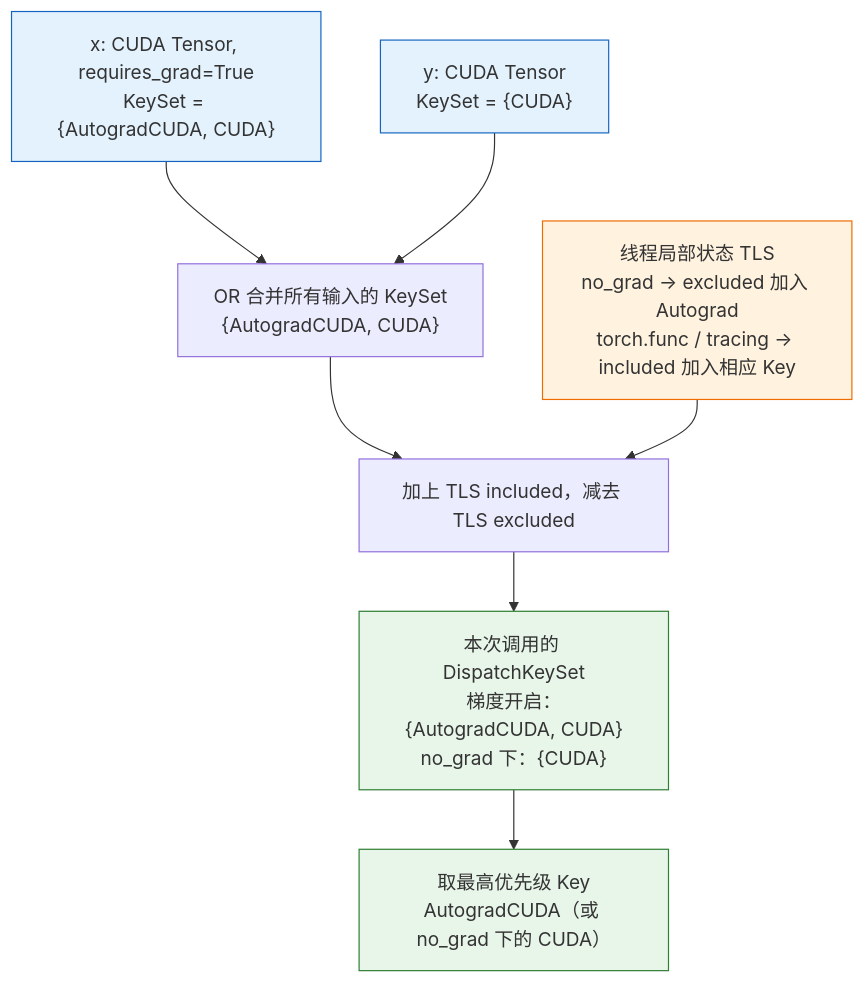
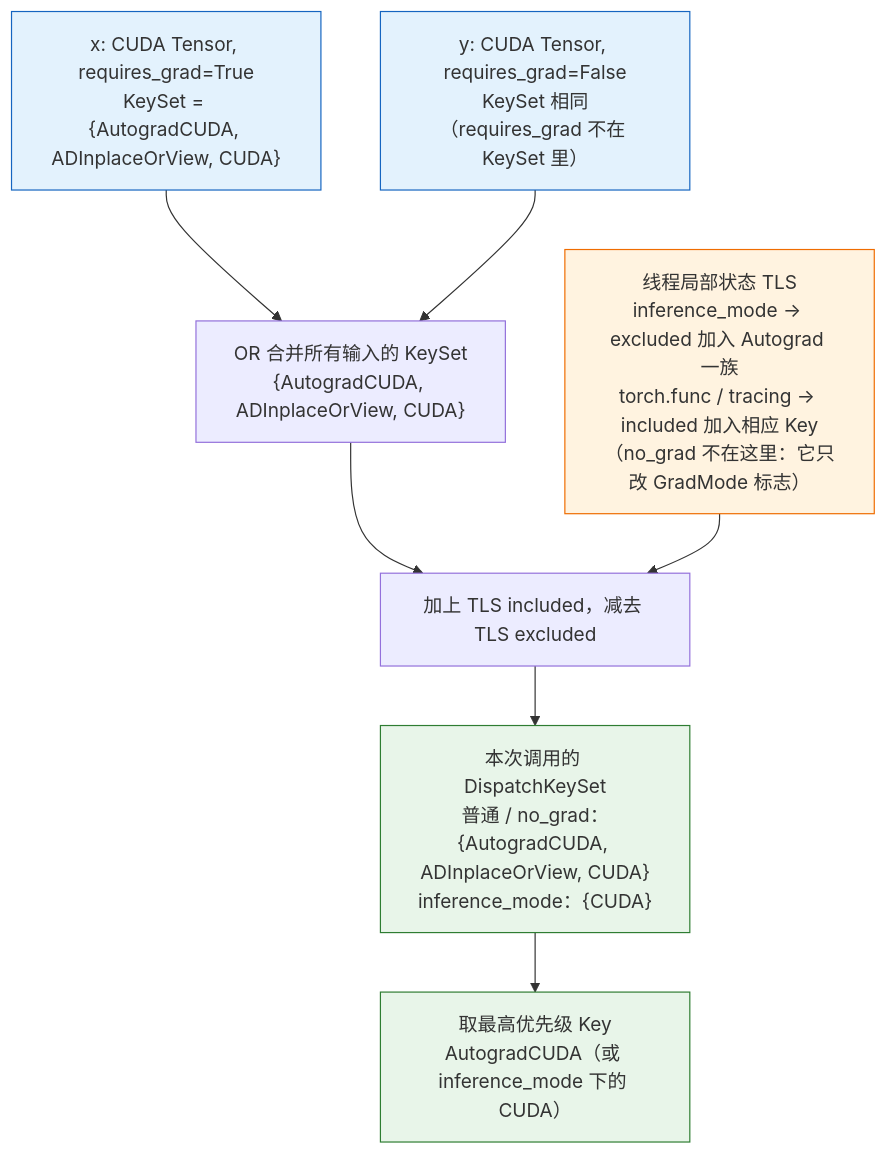
The fourth of 7 diagrams in _posts/2026-02-21-pytorch-dispatcher-and-operator-system.md (arganzheng/arganzheng.github.com), drawn with Mermaid before and after one commit. The commit also changed other lines of this file and 10 other files, not shown here.

````diff
--- a/_posts/2026-02-21-pytorch-dispatcher-and-operator-system.md
+++ b/_posts/2026-02-21-pytorch-dispatcher-and-operator-system.md
@@ -478,21 +482,21 @@
 ```mermaid
 flowchart TB
-    TX["x: CUDA Tensor, requires_grad=True<br/>KeySet = #123;AutogradCUDA, CUDA#125;"]
-    TY["y: CUDA Tensor<br/>KeySet = #123;CUDA#125;"]
-    TLS["线程局部状态 TLS<br/>no_grad → excluded 加入 Autograd<br/>torch.func / tracing → included 加入相应 Key"]
-    OR["OR 合并所有输入的 KeySet<br/>#123;AutogradCUDA, CUDA#125;"]
+    TX["x: CUDA Tensor, requires_grad=True<br/>KeySet = #123;AutogradCUDA, ADInplaceOrView, CUDA#125;"]
+    TY["y: CUDA Tensor, requires_grad=False<br/>KeySet 相同（requires_grad 不在 KeySet 里）"]
+    TLS["线程局部状态 TLS<br/>inference_mode → excluded 加入 Autograd 一族<br/>torch.func / tracing → included 加入相应 Key<br/>（no_grad 不在这里：它只改 GradMode 标志）"]
+    OR["OR 合并所有输入的 KeySet<br/>#123;AutogradCUDA, ADInplaceOrView, CUDA#125;"]
     MERGE["加上 TLS included，减去 TLS excluded"]
-    KS["本次调用的 DispatchKeySet<br/>梯度开启：#123;AutogradCUDA, CUDA#125;<br/>no_grad 下：#123;CUDA#125;"]
-    TOP["取最高优先级 Key<br/>AutogradCUDA（或 no_grad 下的 CUDA）"]
+    KS["本次调用的 DispatchKeySet<br/>普通 / no_grad：#123;AutogradCUDA, ADInplaceOrView, CUDA#125;<br/>inference_mode：#123;CUDA#125;"]
+    TOP["取最高优先级 Key<br/>AutogradCUDA（或 inference_mode 下的 CUDA）"]
     TX --> OR
     TY --> OR
     OR --> MERGE
     TLS --> MERGE
     MERGE --> KS --> TOP
     classDef input fill:#e3f2fd,stroke:#1565c0;
     classDef ctx fill:#fff3e0,stroke:#ef6c00;
     classDef result fill:#e8f5e9,stroke:#2e7d32;
     class TX,TY input;
     class TLS ctx;
     class KS,TOP result;
 ```
````
